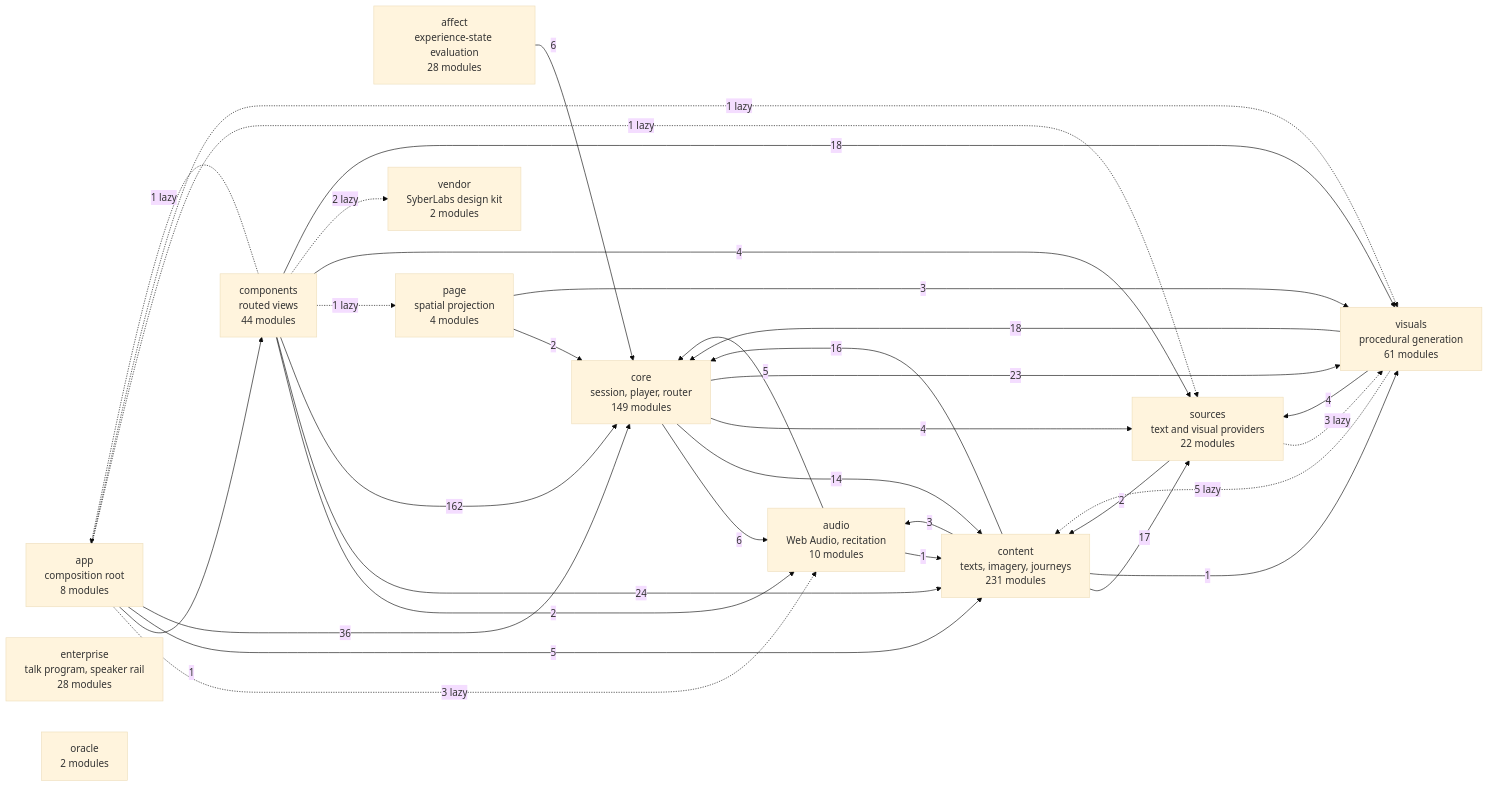
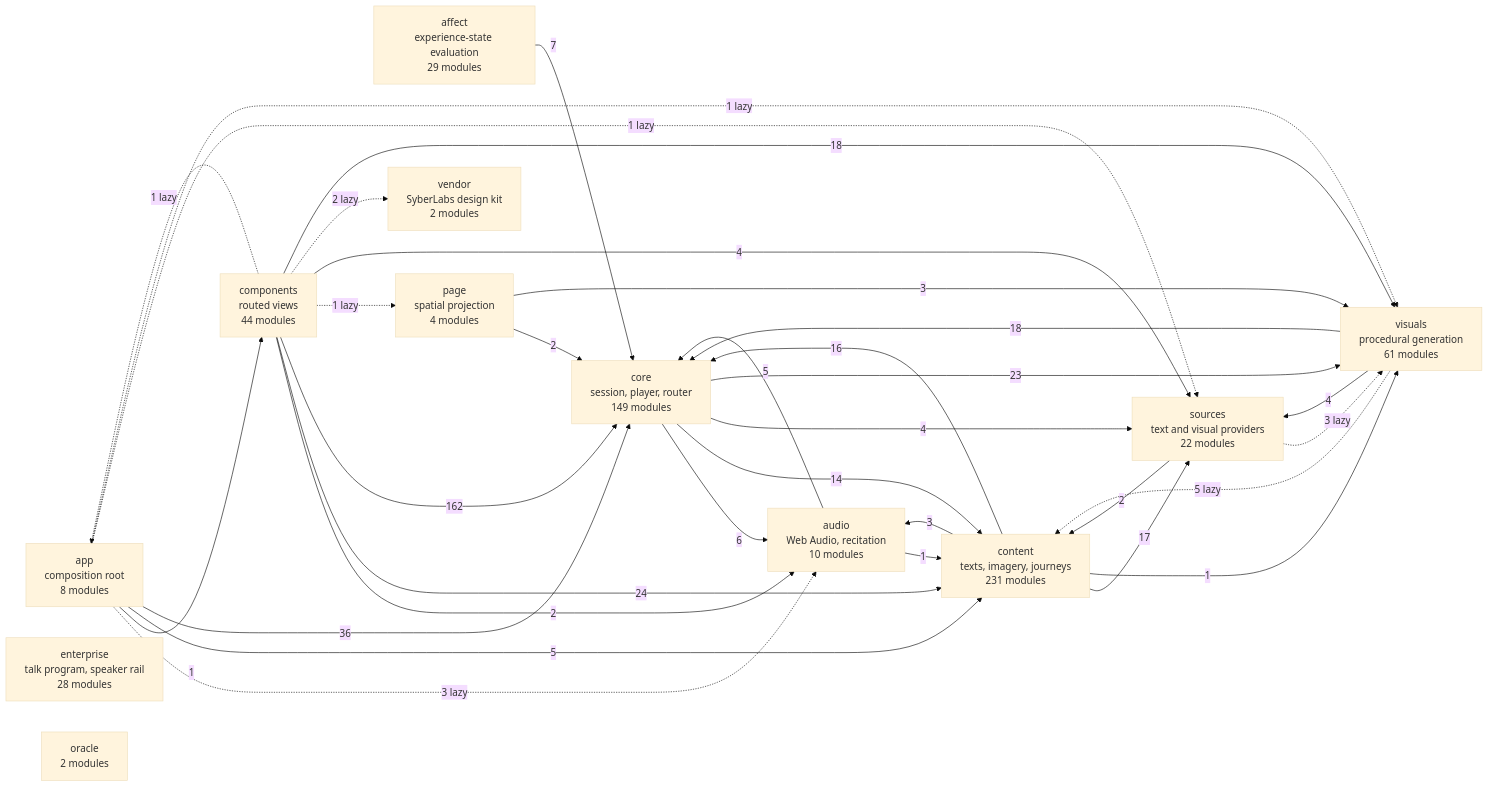
One commit to SyberLabs/RISE changed the diagram in docs/specs/ARCHITECTURE.md. Above: the diagram before and after it, drawn with Mermaid (base theme). The commit also changed other lines of this file and 5 other files, not shown here.

````diff
--- a/docs/specs/ARCHITECTURE.md
+++ b/docs/specs/ARCHITECTURE.md
@@ -160,48 +160,48 @@
 ```mermaid
 flowchart LR
-    affect["affect<br/>experience-state evaluation<br/>28 modules"]
+    affect["affect<br/>experience-state evaluation<br/>29 modules"]
     app["app<br/>composition root<br/>8 modules"]
     audio["audio<br/>Web Audio, recitation<br/>10 modules"]
     components["components<br/>routed views<br/>44 modules"]
     content["content<br/>texts, imagery, journeys<br/>231 modules"]
     core["core<br/>session, player, router<br/>149 modules"]
     enterprise["enterprise<br/>talk program, speaker rail<br/>28 modules"]
     oracle["oracle<br/>2 modules"]
     page["page<br/>spatial projection<br/>4 modules"]
     sources["sources<br/>text and visual providers<br/>22 modules"]
     vendor["vendor<br/>SyberLabs design kit<br/>2 modules"]
     visuals["visuals<br/>procedural generation<br/>61 modules"]
 
-    affect --> |6| core
+    affect --> |7| core
     app -.-> |3 lazy| audio
     app --> |1| components
     app --> |5| content
     app --> |36| core
     app -.-> |1 lazy| sources
     app -.-> |1 lazy| visuals
     audio --> |1| content
     audio --> |5| core
     components -.-> |1 lazy| app
     components --> |2| audio
     components --> |24| content
     components --> |162| core
     components -.-> |1 lazy| page
     components --> |4| sources
     components -.-> |2 lazy| vendor
     components --> |18| visuals
     content --> |3| audio
     content --> |16| core
     content --> |17| sources
     content --> |1| visuals
     core --> |6| audio
     core --> |14| content
     core --> |4| sources
     core --> |23| visuals
     page --> |2| core
     page --> |3| visuals
     sources --> |2| content
     sources -.-> |3 lazy| visuals
     visuals -.-> |5 lazy| content
     visuals --> |18| core
     visuals --> |4| sources
 ```
````
